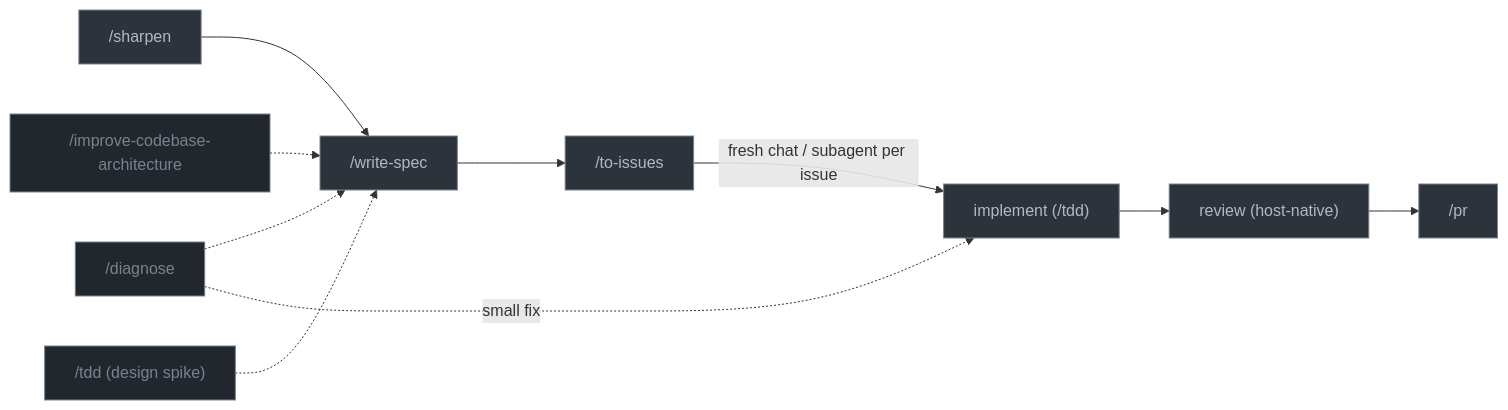
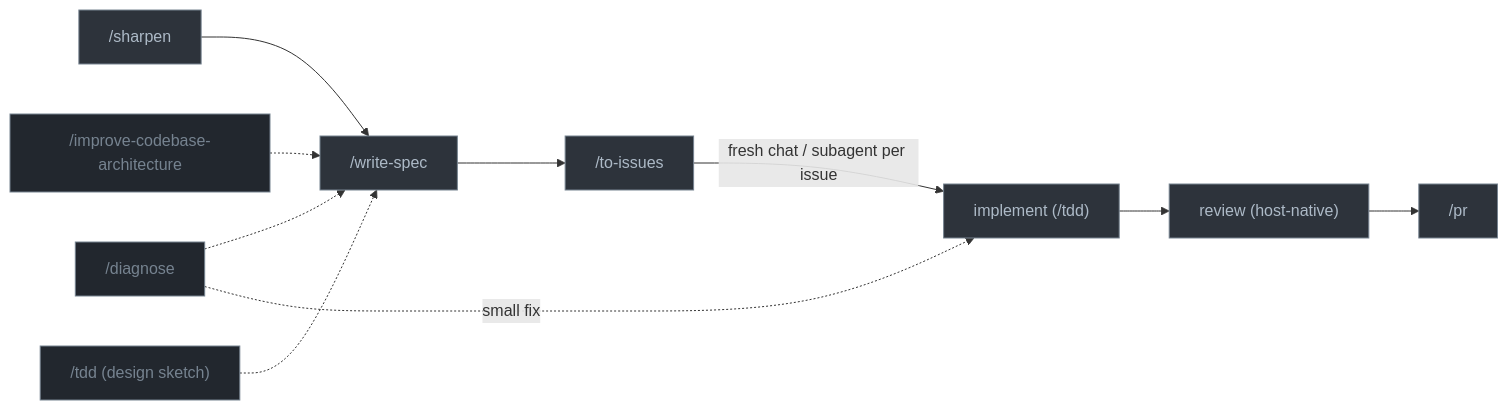
One commit to kpeez/agent-toolbox changed the diagram in README.md. Above: the diagram before and after it, drawn with Mermaid. The commit also changed other lines of this file and 8 other files, not shown here.

First line of the commit message:
Sketch-first tdd rewrite and PR #38 review follow-ups (#39)

````diff
--- a/README.md
+++ b/README.md
@@ -139,22 +141,22 @@
 ```mermaid
 graph LR
   G["/sharpen"] --> A["/write-spec"]
   X["/diagnose"] -.-> A
   Y["/improve-codebase-architecture"] -.-> A
   A --> I["/to-issues"]
   I -->|"fresh chat / subagent per issue"| B["implement (/tdd)"]
   B --> C["review (host-native)"]
   C --> D["/pr"]
   X -.->|"small fix"| B
-  P["/tdd (design spike)"] -.-> A
+  P["/tdd (design sketch)"] -.-> A
 
 style G fill:#2d333b,stroke:#768390,color:#adbac7
 style A fill:#2d333b,stroke:#768390,color:#adbac7
 style I fill:#2d333b,stroke:#768390,color:#adbac7
 style B fill:#2d333b,stroke:#768390,color:#adbac7
 style C fill:#2d333b,stroke:#768390,color:#adbac7
 style D fill:#2d333b,stroke:#768390,color:#adbac7
 style X fill:#22272e,stroke:#768390,color:#768390
 style Y fill:#22272e,stroke:#768390,color:#768390
 style P fill:#22272e,stroke:#768390,color:#768390
 ```
````
